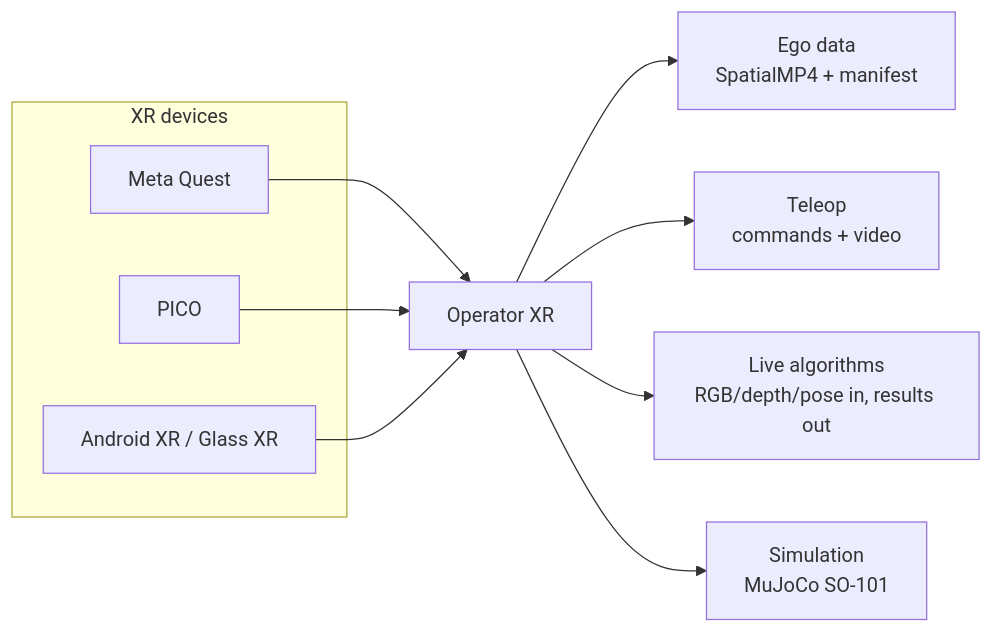
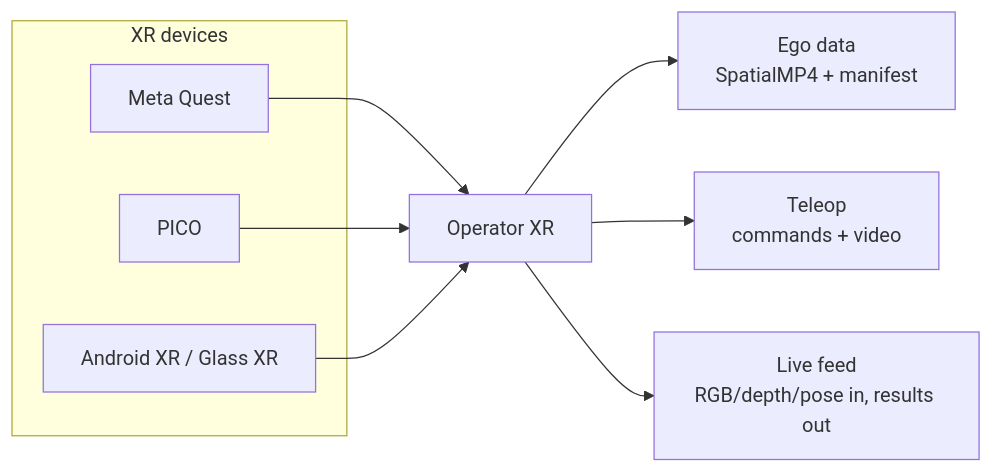
Before and after one commit to lovemoon-ai/operator: the diagram in README.md, drawn with Mermaid. The commit also changed other lines of this file and 55 other files, not shown here.

First line of the commit message:
feat(live-feed): complete robust XR streaming workflow

````diff
--- a/README.md
+++ b/README.md
@@ -47,17 +47,16 @@
 ```mermaid
 flowchart LR
   subgraph Devices["XR devices"]
     Quest["Meta Quest"]
     Pico["PICO"]
     AndroidXR["Android XR / Glass XR"]
   end
 
   Quest --> Client["Operator XR"]
   Pico --> Client
   AndroidXR --> Client
 
   Client --> Ego["Ego data<br/>SpatialMP4 + manifest"]
   Client --> Teleop["Teleop<br/>commands + video"]
-  Client --> Live["Live algorithms<br/>RGB/depth/pose in, results out"]
-  Client --> Sim["Simulation<br/>MuJoCo SO-101"]
+  Client --> Live["Live feed<br/>RGB/depth/pose in, results out"]
 ```
````
